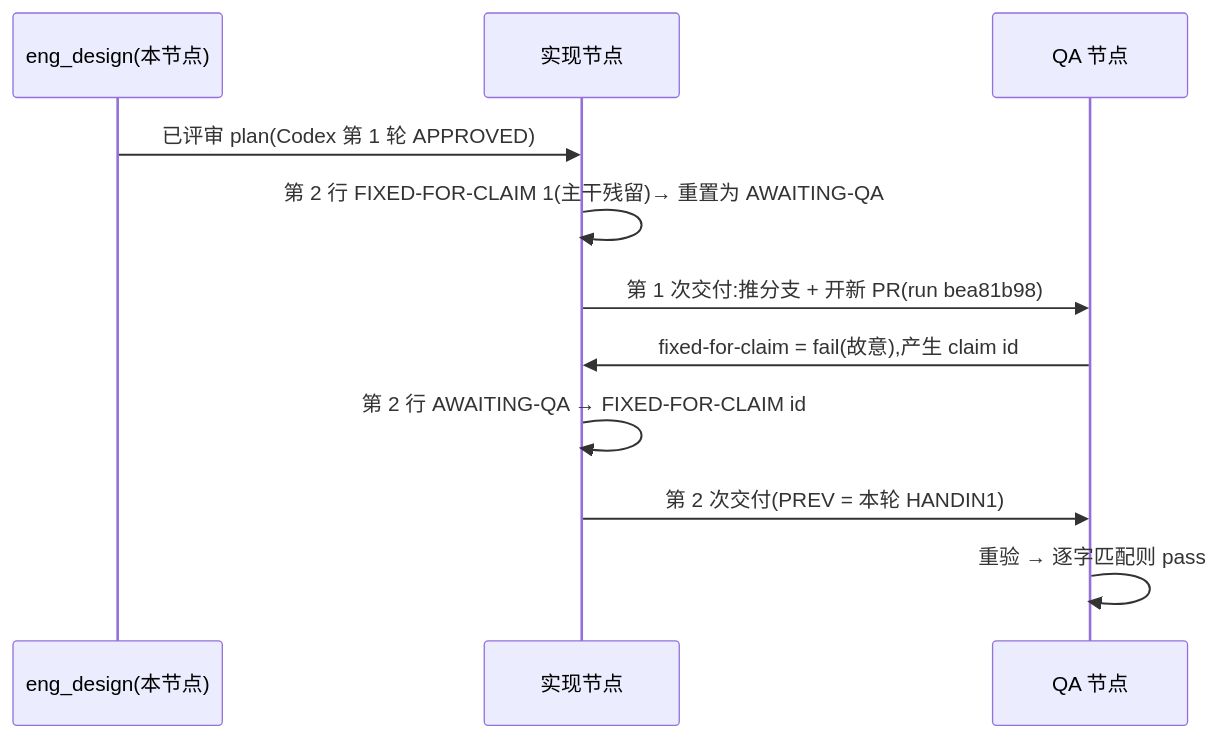
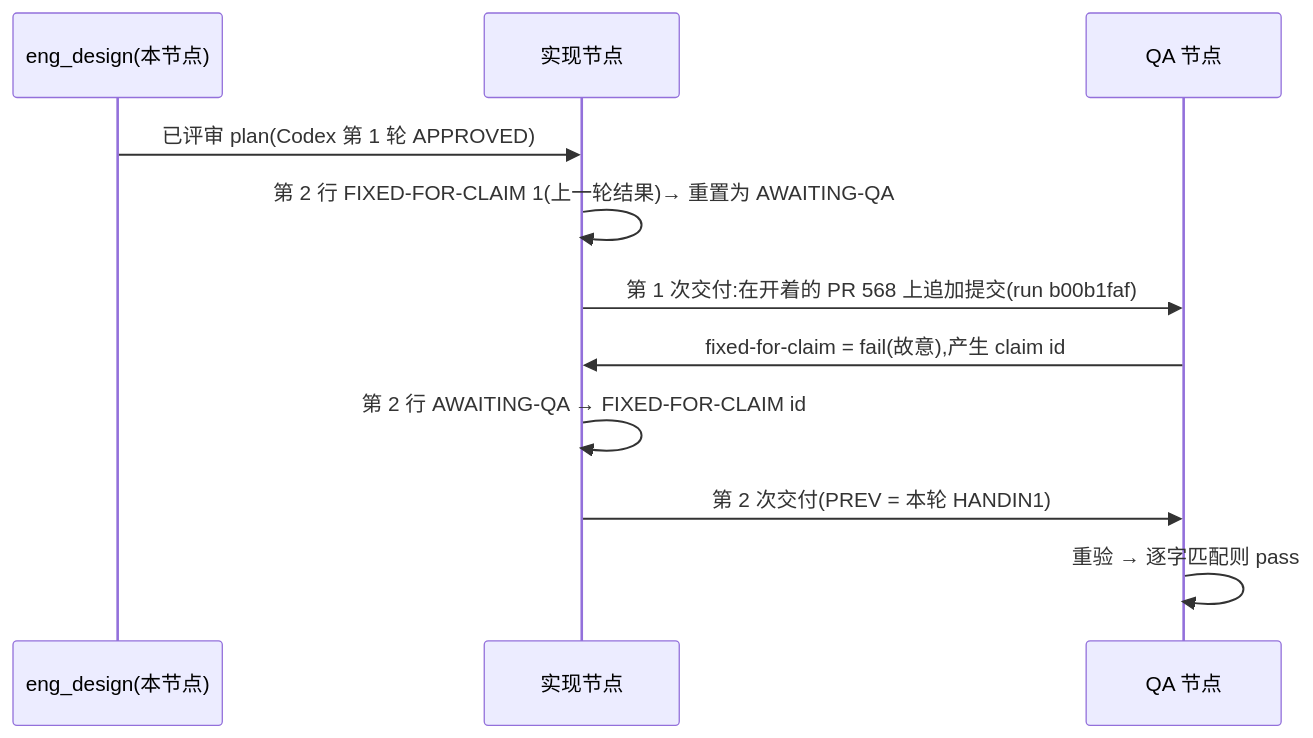
Before and after one commit to xrliAnnie/flywheel-qa-sandbox: the diagram in engineering/doc/FLY-3226-real-runner-drill/d1-core-flow.mmd, drawn with Mermaid. The commit also changed 4 other files, not shown here.

Commit message:
docs(qa-sbx): FLY-3226 design HTML for run b00b1faf

```diff
--- a/engineering/doc/FLY-3226-real-runner-drill/d1-core-flow.mmd
+++ b/engineering/doc/FLY-3226-real-runner-drill/d1-core-flow.mmd
@@ -1,11 +1,11 @@
 sequenceDiagram
     participant S as eng_design(本节点)
     participant I as 实现节点
     participant Q as QA 节点
     S->>I: 已评审 plan(Codex 第 1 轮 APPROVED)
-    I->>I: 第 2 行 FIXED-FOR-CLAIM 1(主干残留)→ 重置为 AWAITING-QA
-    I->>Q: 第 1 次交付:推分支 + 开新 PR(run bea81b98)
+    I->>I: 第 2 行 FIXED-FOR-CLAIM 1(上一轮结果)→ 重置为 AWAITING-QA
+    I->>Q: 第 1 次交付:在开着的 PR 568 上追加提交(run b00b1faf)
     Q->>I: fixed-for-claim = fail(故意),产生 claim id
     I->>I: 第 2 行 AWAITING-QA → FIXED-FOR-CLAIM id
     I->>Q: 第 2 次交付(PREV = 本轮 HANDIN1)
     Q->>Q: 重验 → 逐字匹配则 pass
```
